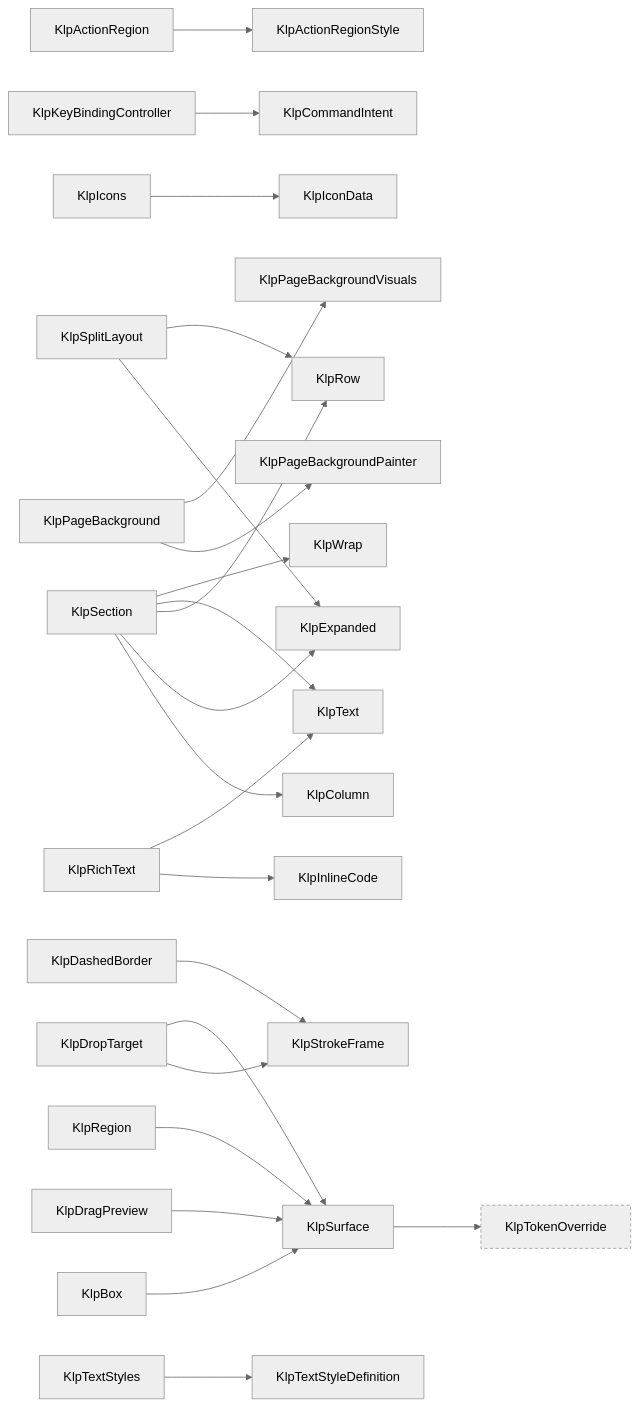
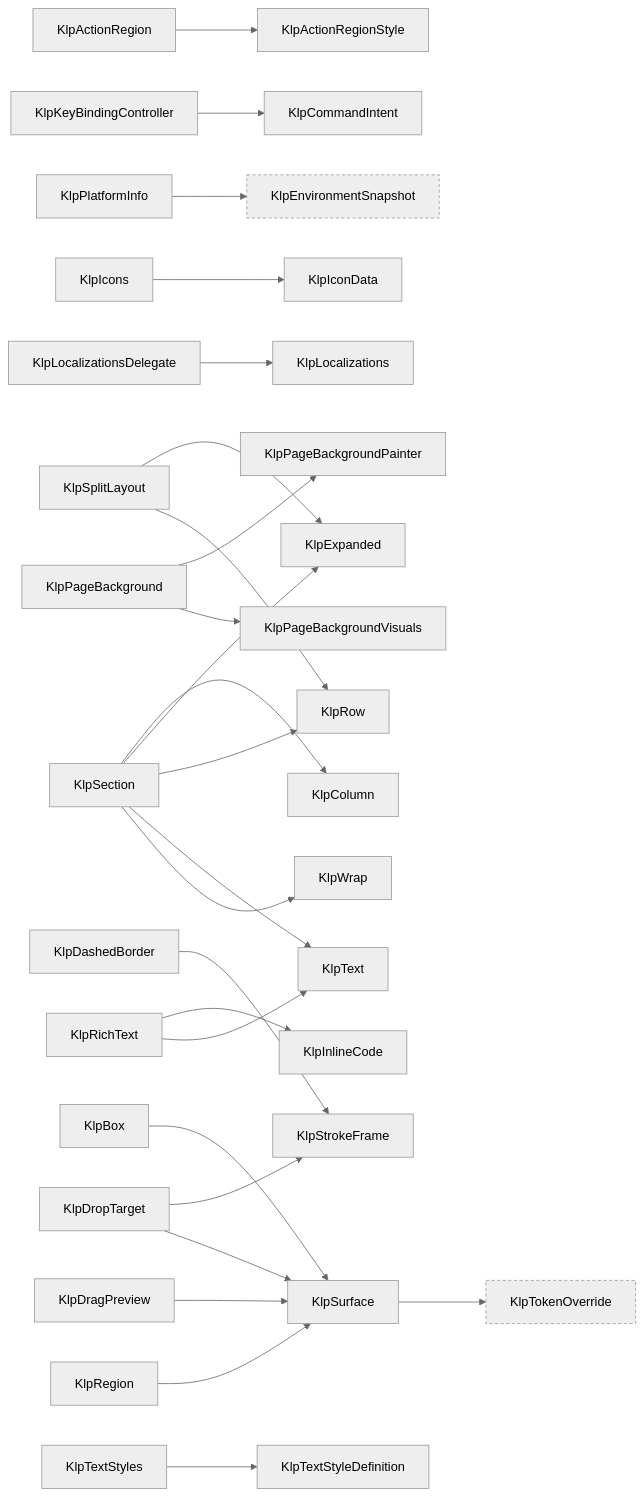
The second of 2 diagrams in spec/component-inventory.md (MiuDog/Kallopis), drawn with Mermaid (neutral theme) before and after one commit. The commit also changed other lines of this file and 9688 other files, not shown here.

Commit message:
Prepare isolated Flow F2 peer baseline

````diff
--- a/spec/component-inventory.md
+++ b/spec/component-inventory.md
@@ -165,54 +183,60 @@
 ```mermaid
 graph LR
   KlpActionRegion["KlpActionRegion"]
   KlpActionRegionStyle["KlpActionRegionStyle"]
   KlpBox["KlpBox"]
   KlpColumn["KlpColumn"]
   KlpCommandIntent["KlpCommandIntent"]
   KlpDashedBorder["KlpDashedBorder"]
   KlpDragPreview["KlpDragPreview"]
   KlpDropTarget["KlpDropTarget"]
+  KlpEnvironmentSnapshot["KlpEnvironmentSnapshot"]:::external
   KlpExpanded["KlpExpanded"]
   KlpIconData["KlpIconData"]
   KlpIcons["KlpIcons"]
   KlpInlineCode["KlpInlineCode"]
   KlpKeyBindingController["KlpKeyBindingController"]
+  KlpLocalizations["KlpLocalizations"]
+  KlpLocalizationsDelegate["KlpLocalizationsDelegate"]
   KlpPageBackground["KlpPageBackground"]
   KlpPageBackgroundPainter["KlpPageBackgroundPainter"]
   KlpPageBackgroundVisuals["KlpPageBackgroundVisuals"]
+  KlpPlatformInfo["KlpPlatformInfo"]
   KlpRegion["KlpRegion"]
   KlpRichText["KlpRichText"]
   KlpRow["KlpRow"]
   KlpSection["KlpSection"]
   KlpSplitLayout["KlpSplitLayout"]
   KlpStrokeFrame["KlpStrokeFrame"]
   KlpSurface["KlpSurface"]
   KlpText["KlpText"]
   KlpTextStyleDefinition["KlpTextStyleDefinition"]
   KlpTextStyles["KlpTextStyles"]
   KlpTokenOverride["KlpTokenOverride"]:::external
   KlpWrap["KlpWrap"]
   KlpActionRegion --> KlpActionRegionStyle
   KlpBox --> KlpSurface
   KlpDashedBorder --> KlpStrokeFrame
   KlpDragPreview --> KlpSurface
   KlpDropTarget --> KlpStrokeFrame
   KlpDropTarget --> KlpSurface
   KlpIcons --> KlpIconData
   KlpKeyBindingController --> KlpCommandIntent
+  KlpLocalizationsDelegate --> KlpLocalizations
   KlpPageBackground --> KlpPageBackgroundPainter
   KlpPageBackground --> KlpPageBackgroundVisuals
+  KlpPlatformInfo --> KlpEnvironmentSnapshot
   KlpRegion --> KlpSurface
   KlpRichText --> KlpInlineCode
   KlpRichText --> KlpText
   KlpSection --> KlpColumn
   KlpSection --> KlpExpanded
   KlpSection --> KlpRow
   KlpSection --> KlpText
   KlpSection --> KlpWrap
   KlpSplitLayout --> KlpExpanded
   KlpSplitLayout --> KlpRow
   KlpSurface --> KlpTokenOverride
   KlpTextStyles --> KlpTextStyleDefinition
   classDef external stroke-dasharray: 4 3;
 ```
````
